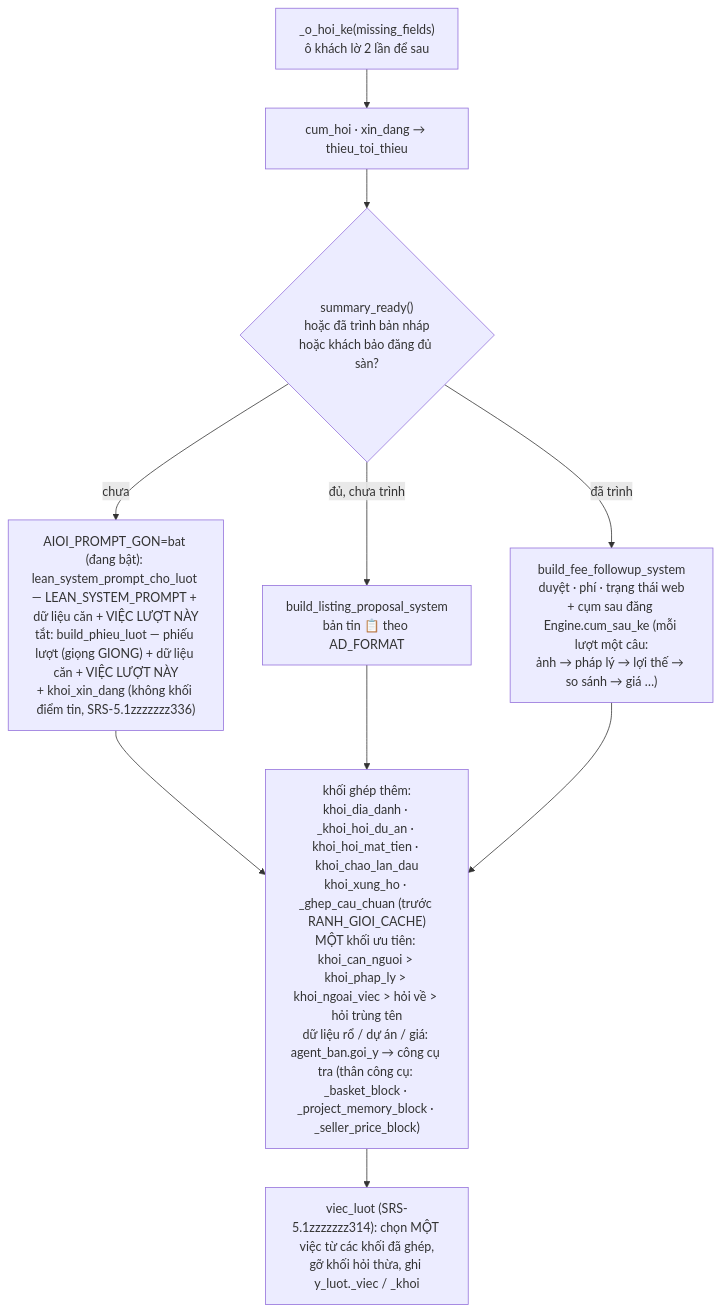
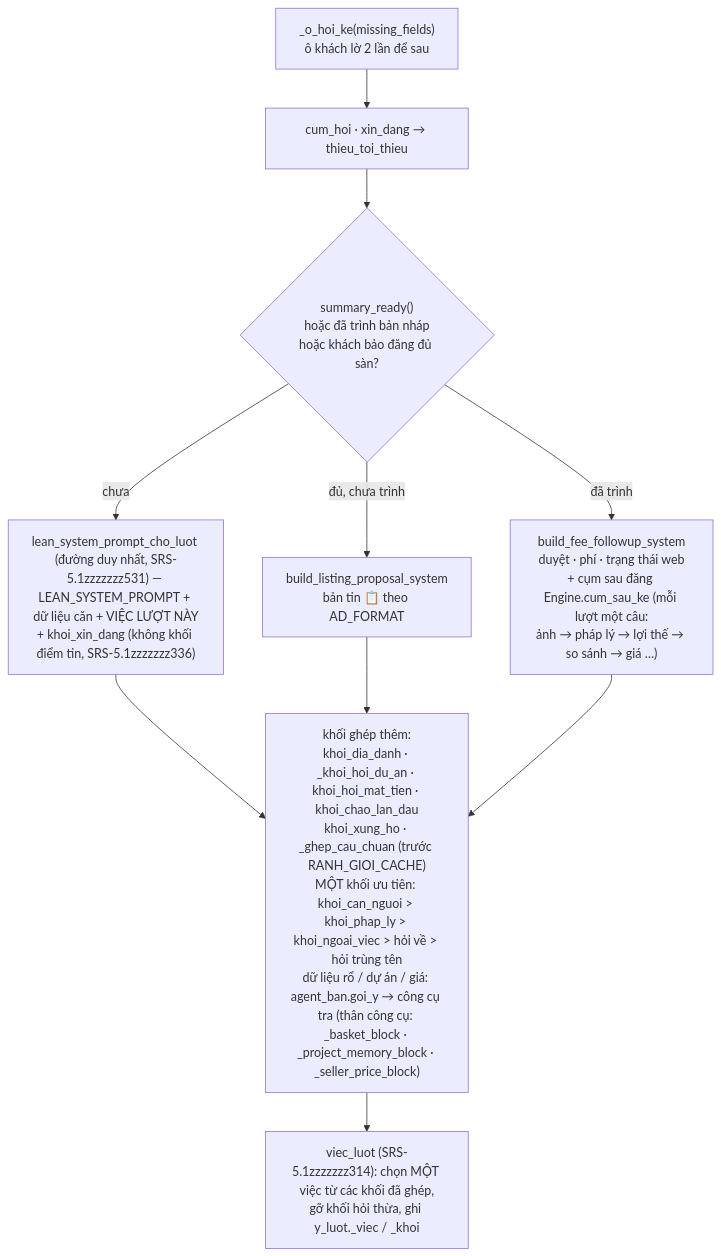
The third of 4 diagrams in docs/13-so-do-nhan-va-boc-tach.md (quang507/AOND), drawn with Mermaid before and after one commit. The commit also changed 8 other files, not shown here.

First line of the commit message:
chore(core): gỡ đồ thừa — câu mẫu chao_lam_moi, hai import, chú thích công tắc AIOI_PROMPT_GON (SRS-5.1zzzzzzz547)

````diff
--- a/docs/13-so-do-nhan-va-boc-tach.md
+++ b/docs/13-so-do-nhan-va-boc-tach.md
@@ -84,10 +84,10 @@
 ```mermaid
 flowchart TD
   S0["_o_hoi_ke(missing_fields)<br/>ô khách lờ 2 lần để sau"] --> S1["cum_hoi · xin_dang → thieu_toi_thieu"]
   S1 --> S2{"summary_ready()<br/>hoặc đã trình bản nháp<br/>hoặc khách bảo đăng đủ sàn?"}
-  S2 -->|chưa| C1["AIOI_PROMPT_GON=bat (đang bật): lean_system_prompt_cho_luot — LEAN_SYSTEM_PROMPT + dữ liệu căn + VIỆC LƯỢT NÀY<br/>tắt: build_phieu_luot — phiếu lượt (giọng GIONG) + dữ liệu căn + VIỆC LƯỢT NÀY<br/>+ khoi_xin_dang (không khối điểm tin, SRS-5.1zzzzzzz336)"]
+  S2 -->|chưa| C1["lean_system_prompt_cho_luot (đường duy nhất, SRS-5.1zzzzzzz531) — LEAN_SYSTEM_PROMPT + dữ liệu căn + VIỆC LƯỢT NÀY<br/>+ khoi_xin_dang (không khối điểm tin, SRS-5.1zzzzzzz336)"]
   S2 -->|"đủ, chưa trình"| C2["build_listing_proposal_system<br/>bản tin 📋 theo AD_FORMAT"]
   S2 -->|"đã trình"| C3["build_fee_followup_system<br/>duyệt · phí · trạng thái web<br/>+ cụm sau đăng Engine.cum_sau_ke (mỗi lượt một câu:<br/>ảnh → pháp lý → lợi thế → so sánh → giá …)"]
   C1 & C2 & C3 --> K["khối ghép thêm:<br/>khoi_dia_danh · _khoi_hoi_du_an · khoi_hoi_mat_tien · khoi_chao_lan_dau<br/>khoi_xung_ho · _ghep_cau_chuan (trước RANH_GIOI_CACHE)<br/>MỘT khối ưu tiên: khoi_can_nguoi > khoi_phap_ly > khoi_ngoai_viec > hỏi về > hỏi trùng tên<br/>dữ liệu rổ / dự án / giá: agent_ban.goi_y → công cụ tra (thân công cụ: _basket_block · _project_memory_block · _seller_price_block)"]
   K --> V["viec_luot (SRS-5.1zzzzzzz314): chọn MỘT việc từ các khối đã ghép,<br/>gỡ khối hỏi thừa, ghi y_luot._viec / _khoi"]
 ```
````
